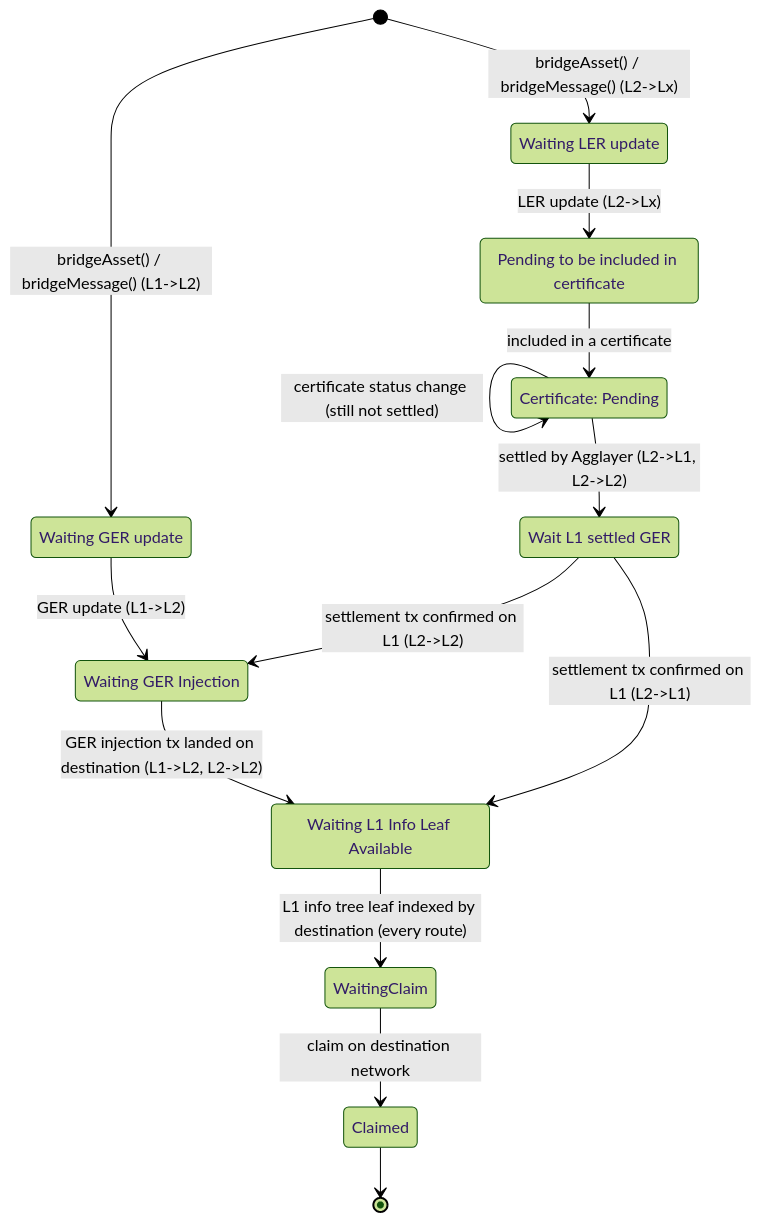
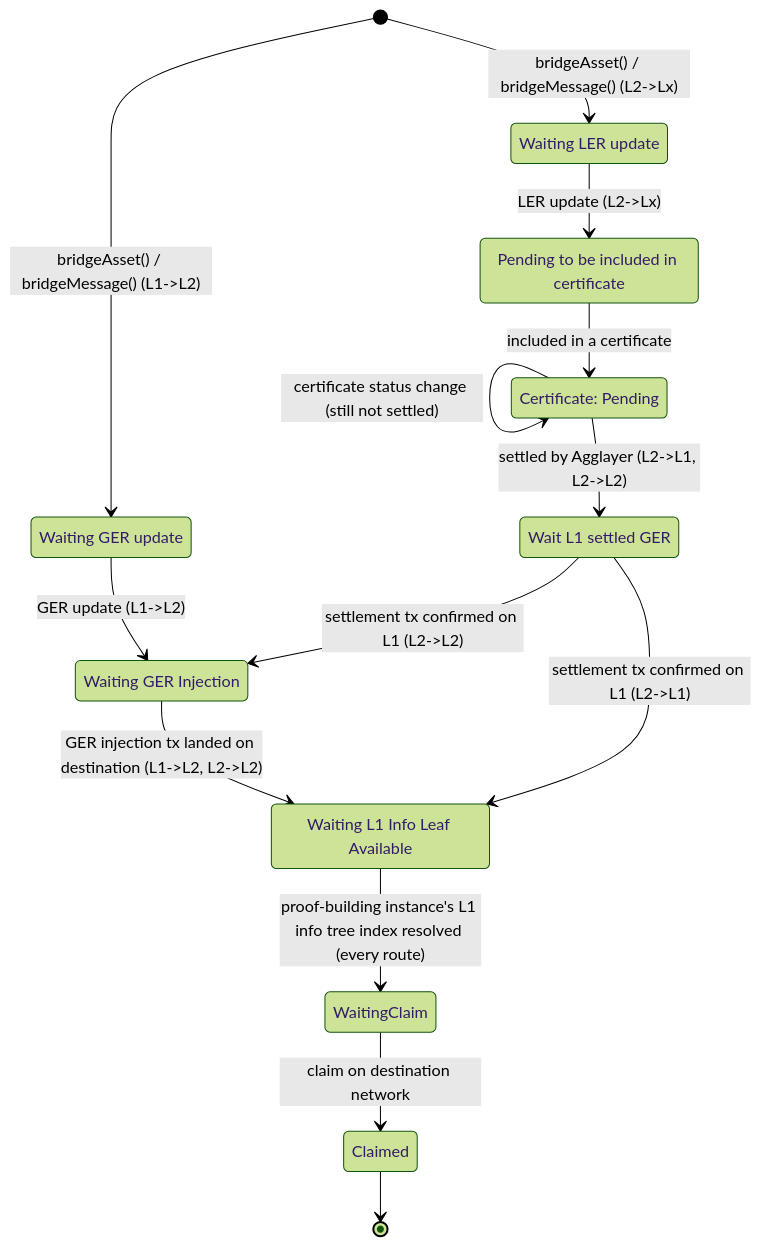
The first of 4 diagrams in docs/bridgetracker/README.md (agglayer/aggkit), drawn with Mermaid (forest theme) before and after one commit. The commit also changed other lines of this file and 15 other files, not shown here.

````diff
--- a/docs/bridgetracker/README.md
+++ b/docs/bridgetracker/README.md
@@ -18,25 +18,25 @@
 ```mermaid
 stateDiagram-v2
     state "Waiting GER update" as WaitingGERUpdate
     state "Waiting LER update" as WaitingLERUpdate
     state "Pending to be included in certificate" as PendingInclusion
     state "Certificate: Pending" as CertPending
     state "Wait L1 settled GER" as WaitL1SettledGER
     state "Waiting L1 Info Leaf Available" as WaitingL1InfoLeafAvailable
     state " Waiting GER Injection" as  WaitingGERInjection
     state "WaitingClaim" as WaitingClaim
 
     [*] --> WaitingGERUpdate: bridgeAsset() / bridgeMessage() (L1->L2)
     [*] --> WaitingLERUpdate: bridgeAsset() / bridgeMessage() (L2->Lx)
     WaitingLERUpdate --> PendingInclusion: LER update (L2->Lx)
     WaitingGERUpdate --> WaitingGERInjection: GER update (L1->L2)
     PendingInclusion --> CertPending: included in a certificate
     CertPending --> CertPending: certificate status change (still not settled)
     CertPending --> WaitL1SettledGER: settled by Agglayer (L2->L1, L2->L2)
     WaitL1SettledGER --> WaitingGERInjection: settlement tx confirmed on L1 (L2->L2)
     WaitL1SettledGER --> WaitingL1InfoLeafAvailable: settlement tx confirmed on L1 (L2->L1)
     WaitingGERInjection --> WaitingL1InfoLeafAvailable: GER injection tx landed on destination (L1->L2, L2->L2)
-    WaitingL1InfoLeafAvailable --> WaitingClaim: L1 info tree leaf indexed by destination (every route)
+    WaitingL1InfoLeafAvailable --> WaitingClaim: proof-building instance's L1 info tree index resolved (every route)
     WaitingClaim --> Claimed: claim on destination network
     Claimed --> [*]
 ```
````
